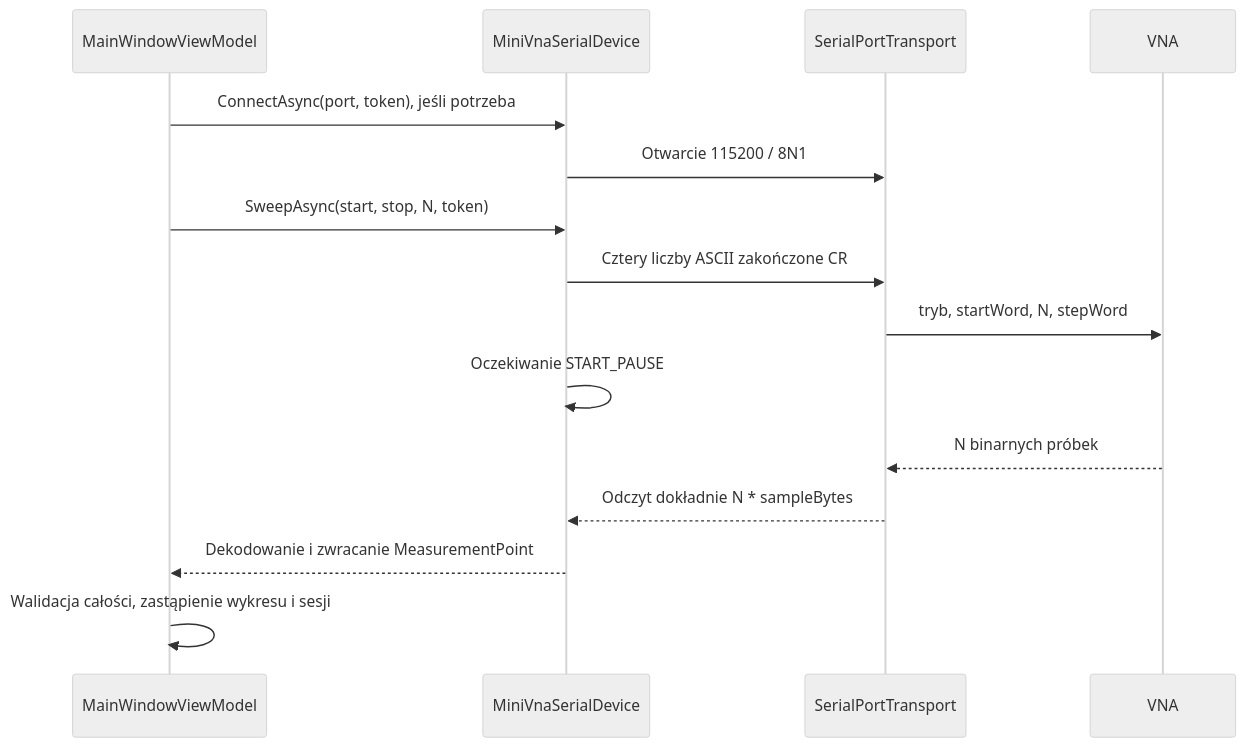
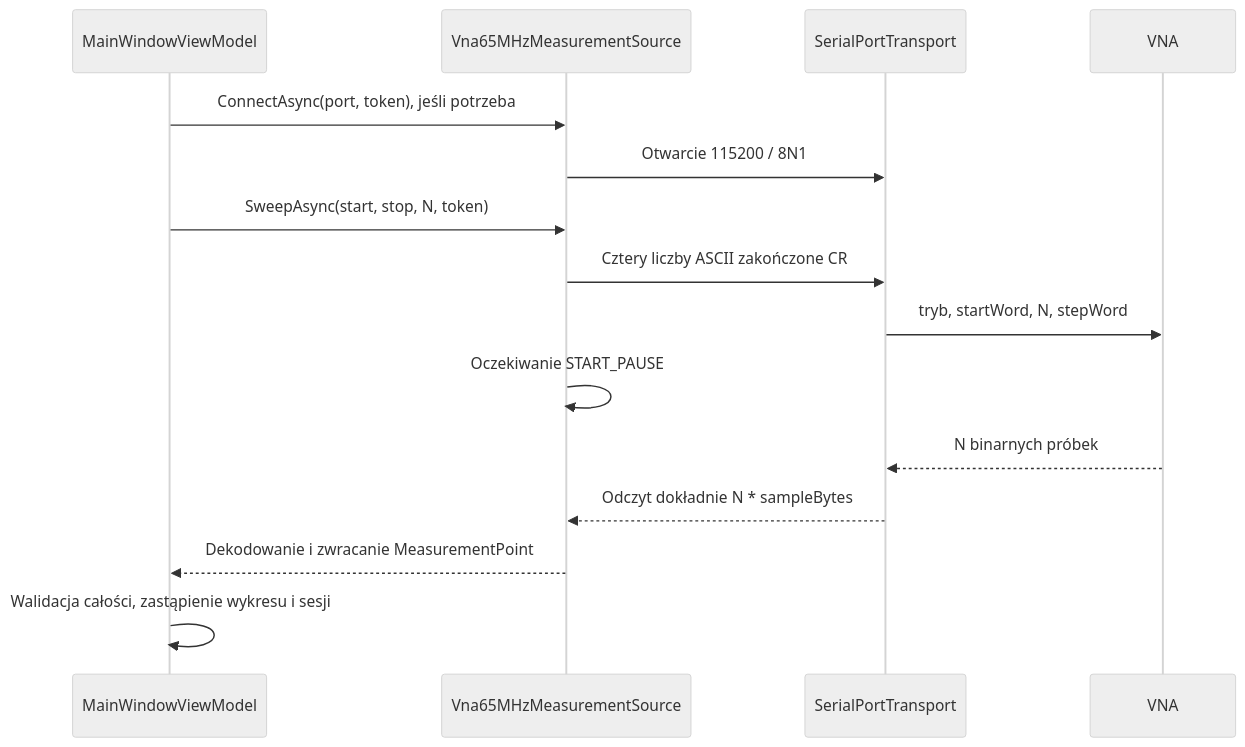
Before and after one commit to ch0mik/VNAStudio: the diagram in docs/VNA-COMMUNICATION.pl.md, drawn with Mermaid (neutral theme). The commit also changed other lines of this file and 179 other files, not shown here.

````diff
--- a/docs/VNA-COMMUNICATION.pl.md
+++ b/docs/VNA-COMMUNICATION.pl.md
@@ -42,17 +42,17 @@
 ```mermaid
 sequenceDiagram
     participant UI as MainWindowViewModel
-    participant Driver as MiniVnaSerialDevice
+    participant Driver as Vna65MHzMeasurementSource
     participant Port as SerialPortTransport
     participant VNA
     UI->>Driver: ConnectAsync(port, token), jeśli potrzeba
     Driver->>Port: Otwarcie 115200 / 8N1
     UI->>Driver: SweepAsync(start, stop, N, token)
     Driver->>Port: Cztery liczby ASCII zakończone CR
     Port->>VNA: tryb, startWord, N, stepWord
     Driver->>Driver: Oczekiwanie START_PAUSE
     VNA-->>Port: N binarnych próbek
     Port-->>Driver: Odczyt dokładnie N * sampleBytes
     Driver-->>UI: Dekodowanie i zwracanie MeasurementPoint
     UI->>UI: Walidacja całości, zastąpienie wykresu i sesji
 ```
````
